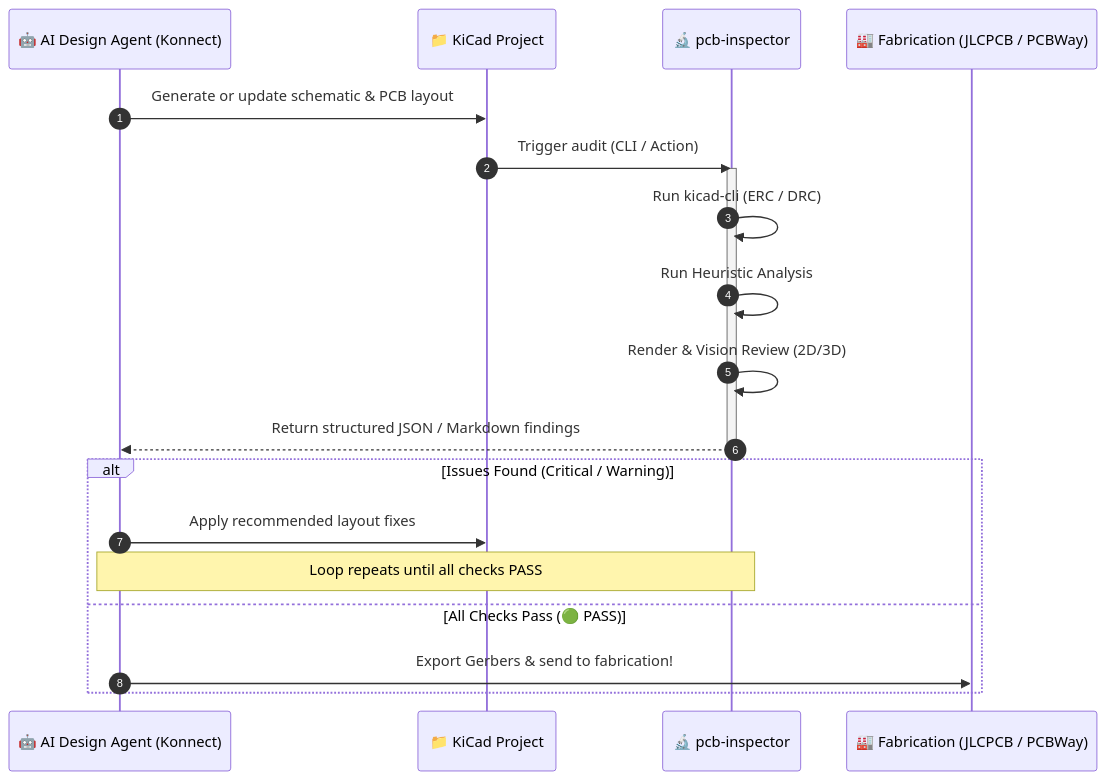
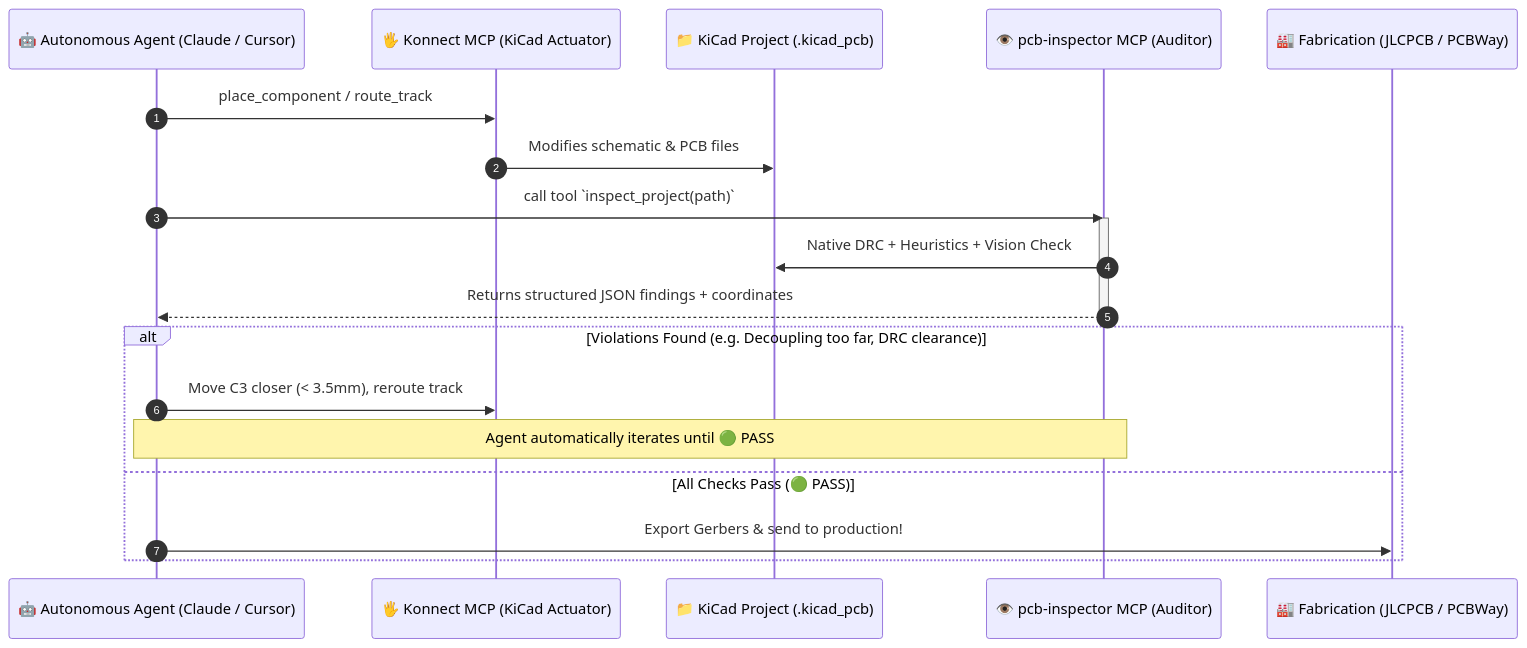
One commit to takzen/pcb-inspector changed the second of 2 diagrams in README.md. Above: the diagram before and after it, drawn with Mermaid. The commit also changed other lines of this file, not shown here.

Commit message:
docs: add MCP server specification and Konnect closed-loop integration to README

````diff
--- a/README.md
+++ b/README.md
@@ -135,24 +147,24 @@
 ```mermaid
 sequenceDiagram
     autonumber
-    participant Agent as 🤖 AI Design Agent (Konnect)
-    participant Project as 📁 KiCad Project
-    participant Inspector as 🔬 pcb-inspector
+    participant Agent as 🤖 Autonomous Agent (Claude / Cursor)
+    participant Konnect as 🖐️ Konnect MCP (KiCad Actuator)
+    participant Project as 📁 KiCad Project (.kicad_pcb)
+    participant Inspector as 👁️ pcb-inspector MCP (Auditor)
     participant Fab as 🏭 Fabrication (JLCPCB / PCBWay)
 
-    Agent->>Project: Generate or update schematic & PCB layout
-    Project->>Inspector: Trigger audit (CLI / Action)
+    Agent->>Konnect: place_component / route_track
+    Konnect->>Project: Modifies schematic & PCB files
+    Agent->>Inspector: call tool `inspect_project(path)`
     activate Inspector
-    Inspector->>Inspector: Run kicad-cli (ERC / DRC)
-    Inspector->>Inspector: Run Heuristic Analysis
-    Inspector->>Inspector: Render & Vision Review (2D/3D)
-    Inspector-->>Agent: Return structured JSON / Markdown findings
+    Inspector->>Project: Native DRC + Heuristics + Vision Check
+    Inspector-->>Agent: Returns structured JSON findings + coordinates
     deactivate Inspector
 
-    alt Issues Found (Critical / Warning)
-        Agent->>Project: Apply recommended layout fixes
-        Note over Agent,Inspector: Loop repeats until all checks PASS
+    alt Violations Found (e.g. Decoupling too far, DRC clearance)
+        Agent->>Konnect: Move C3 closer (< 3.5mm), reroute track
+        Note over Agent,Inspector: Agent automatically iterates until 🟢 PASS
     else All Checks Pass (🟢 PASS)
-        Agent->>Fab: Export Gerbers & send to fabrication!
+        Agent->>Fab: Export Gerbers & send to production!
     end
 ```
````
